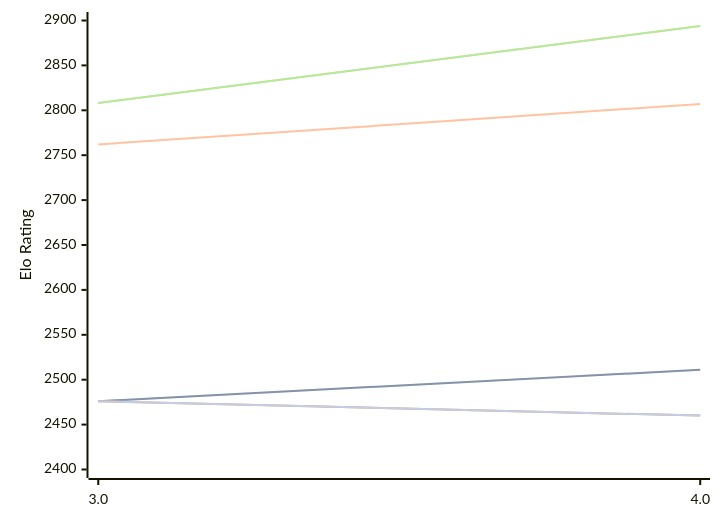
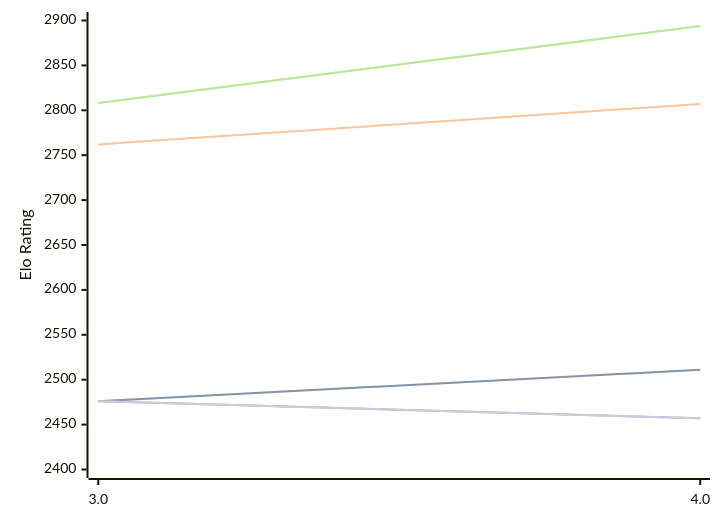
One commit to computer-chess-index/cci changed the diagram in engines/Chess3.md. Above: the diagram before and after it, drawn with Mermaid. The commit also changed other lines of this file, not shown here.

````diff
--- a/engines/Chess3.md
+++ b/engines/Chess3.md
@@ -48,13 +48,13 @@
 ```mermaid
 %%{init: {"theme":"base","themeVariables":{"seriesColors:['#a3a3a3','#222221','#faa371']}}}%%
 xychart-beta
   x-axis ["3.0", "4.0"]
   y-axis "Elo Rating" 2400 --> 2900
   line "" [2476, 2511]
   line "T1: STC (8.0+0.08s)" [2476, 2511]
   line "T1: LTC (60.0+0.60s)" [2762, 2807]
   line "" [2808, 2894]
   line "T1: VLTC (2m24s+1.12s)" [2808, 2894]
-  line "" [2476,2460]
-  line "E1: STC (8.0+0.08s)" [2476,2460]
+  line "" [2476,2457]
+  line "E1: STC (8.0+0.08s)" [2476,2457]
 ```
````
